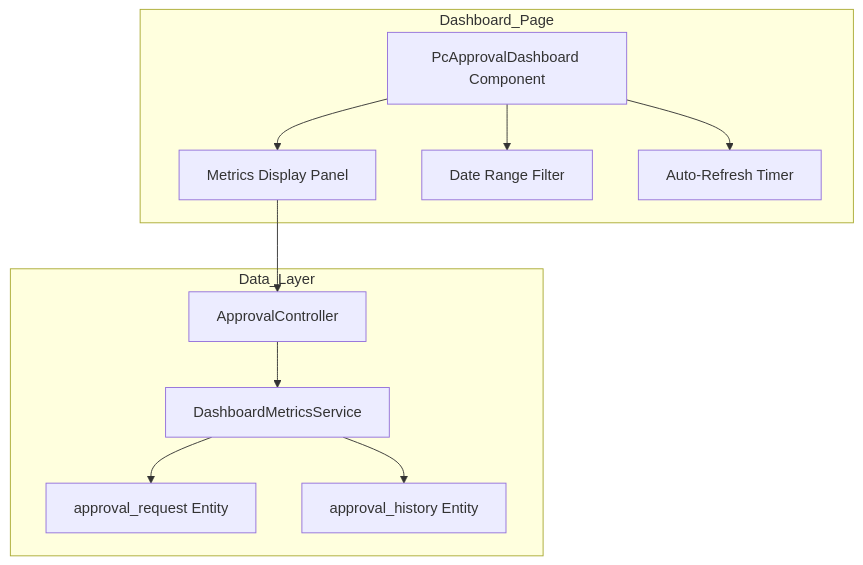
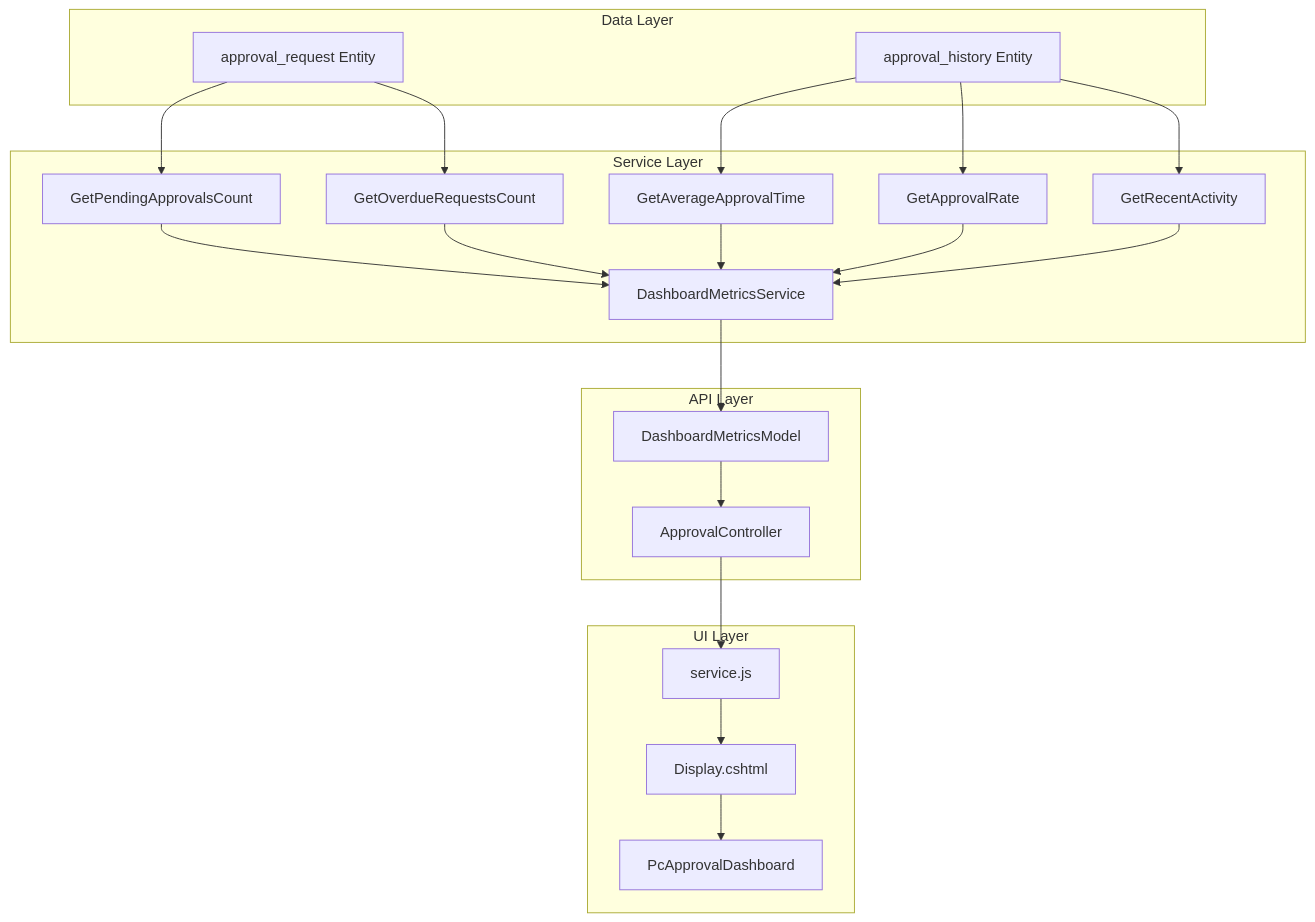
The second of 4 diagrams in blitzy/documentation/Technical Specifications.md (blitzy-public-samples/blitzy-WebVella-ERP), drawn with Mermaid before and after one commit. The commit also changed other lines of this file, not shown here.

````diff
--- a/blitzy/documentation/Technical Specifications.md
+++ b/blitzy/documentation/Technical Specifications.md
@@ -455,24 +462,46 @@
 ```mermaid
-graph TD
-    subgraph Dashboard_Page
-        A[PcApprovalDashboard Component]
-        B[Metrics Display Panel]
-        C[Date Range Filter]
-        D[Auto-Refresh Timer]
+graph TB
+    subgraph "Data Layer"
+        AR[approval_request Entity]
+        AH[approval_history Entity]
     end
     
-    subgraph Data_Layer
-        E[ApprovalController]
-        F[DashboardMetricsService]
-        G[approval_request Entity]
-        H[approval_history Entity]
+    subgraph "Service Layer"
+        DMS[DashboardMetricsService]
+        PC[GetPendingApprovalsCount]
+        AT[GetAverageApprovalTime]
+        AP[GetApprovalRate]
+        OR[GetOverdueRequestsCount]
+        RA[GetRecentActivity]
     end
     
-    A --> B
-    A --> C
-    A --> D
-    B --> E
-    E --> F
-    F --> G
-    F --> H
+    subgraph "API Layer"
+        AC[ApprovalController]
+        DMM[DashboardMetricsModel]
+    end
+    
+    subgraph "UI Layer"
+        PCD[PcApprovalDashboard]
+        JS[service.js]
+        DC[Display.cshtml]
+    end
+    
+    AR --> PC
+    AR --> OR
+    AH --> AT
+    AH --> AP
+    AH --> RA
+    
+    PC --> DMS
+    AT --> DMS
+    AP --> DMS
+    OR --> DMS
+    RA --> DMS
+    
+    DMS --> DMM
+    DMM --> AC
+    
+    AC --> JS
+    JS --> DC
+    DC --> PCD
 ```
````
